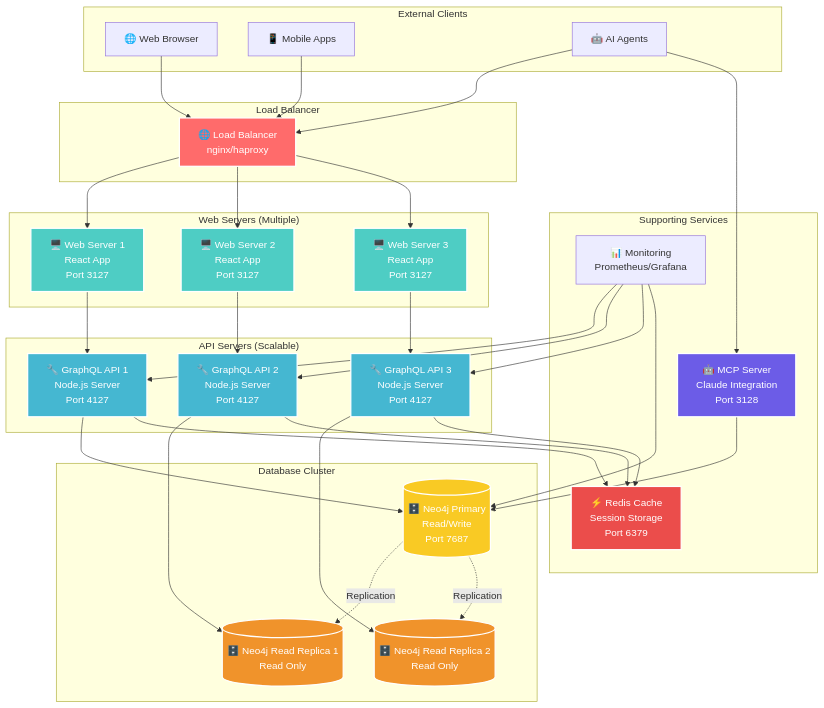
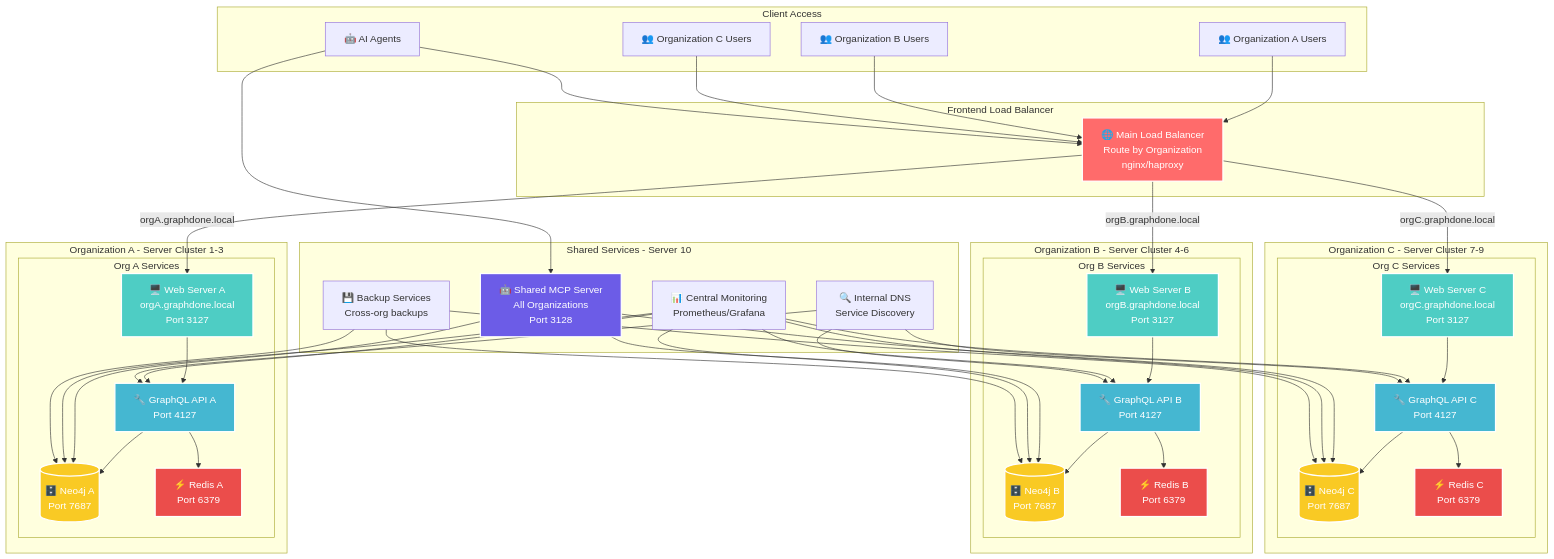
The second of 2 diagrams in profile/README.md (GraphDone/.github), drawn with Mermaid before and after one commit. The commit also changed other lines of this file, not shown here.

Commit message:
Add enterprise multi-tenant architecture with per-organization isolation
- Replace generic deployment diagram with comprehensive multi-tenant architecture
- Show how organizations can be separated onto different server clusters (1-3, 4-6, 7-9)
- Demonstrate subdomain routing (orgA.graphdone.local, orgB.graphdone.local)
- Include shared services on dedicated server (monitoring, backup, DNS, MCP)
- Highlight organizational isolation, enhanced security, and resource control
- Add clear disclaimer that this is future architecture vision vs current single-server setup
- Show how 10-server LAN deployment could work with complete organizational separation

This provides a clear enterprise roadmap for organizations wanting to deploy
GraphDone across multiple teams with proper data isolation and resource allocation.

````diff
--- a/profile/README.md
+++ b/profile/README.md
@@ -59,80 +59,103 @@
 ```mermaid
 graph TB
-    subgraph "Load Balancer"
-        LB[🌐 Load Balancer<br/>nginx/haproxy]
+    subgraph "Frontend Load Balancer"
+        LB[🌐 Main Load Balancer<br/>Route by Organization<br/>nginx/haproxy]
     end
     
-    subgraph "Web Servers (Multiple)"
-        WEB1[🖥️ Web Server 1<br/>React App<br/>Port 3127]
-        WEB2[🖥️ Web Server 2<br/>React App<br/>Port 3127]
-        WEB3[🖥️ Web Server 3<br/>React App<br/>Port 3127]
+    subgraph "Organization A - Server Cluster 1-3"
+        subgraph "Org A Services"
+            WEB_A[🖥️ Web Server A<br/>orgA.graphdone.local<br/>Port 3127]
+            API_A[🔧 GraphQL API A<br/>Port 4127]
+            DB_A[(🗄️ Neo4j A<br/>Port 7687)]
+            REDIS_A[⚡ Redis A<br/>Port 6379]
+        end
     end
     
-    subgraph "API Servers (Scalable)"
-        API1[🔧 GraphQL API 1<br/>Node.js Server<br/>Port 4127]
-        API2[🔧 GraphQL API 2<br/>Node.js Server<br/>Port 4127]
-        API3[🔧 GraphQL API 3<br/>Node.js Server<br/>Port 4127]
+    subgraph "Organization B - Server Cluster 4-6"
+        subgraph "Org B Services"
+            WEB_B[🖥️ Web Server B<br/>orgB.graphdone.local<br/>Port 3127]
+            API_B[🔧 GraphQL API B<br/>Port 4127]
+            DB_B[(🗄️ Neo4j B<br/>Port 7687)]
+            REDIS_B[⚡ Redis B<br/>Port 6379]
+        end
     end
     
-    subgraph "Database Cluster"
-        NEO4J_PRIMARY[(🗄️ Neo4j Primary<br/>Read/Write<br/>Port 7687)]
-        NEO4J_READ1[(🗄️ Neo4j Read Replica 1<br/>Read Only)]
-        NEO4J_READ2[(🗄️ Neo4j Read Replica 2<br/>Read Only)]
+    subgraph "Organization C - Server Cluster 7-9"
+        subgraph "Org C Services"
+            WEB_C[🖥️ Web Server C<br/>orgC.graphdone.local<br/>Port 3127]
+            API_C[🔧 GraphQL API C<br/>Port 4127]
+            DB_C[(🗄️ Neo4j C<br/>Port 7687)]
+            REDIS_C[⚡ Redis C<br/>Port 6379]
+        end
     end
     
-    subgraph "Supporting Services"
-        REDIS[⚡ Redis Cache<br/>Session Storage<br/>Port 6379]
-        MCP[🤖 MCP Server<br/>Claude Integration<br/>Port 3128]
-        MONITOR[📊 Monitoring<br/>Prometheus/Grafana]
+    subgraph "Shared Services - Server 10"
+        MCP_SHARED[🤖 Shared MCP Server<br/>All Organizations<br/>Port 3128]
+        MONITOR[📊 Central Monitoring<br/>Prometheus/Grafana]
+        DNS[🔍 Internal DNS<br/>Service Discovery]
+        BACKUP[💾 Backup Services<br/>Cross-org backups]
     end
     
-    subgraph "External Clients"
-        BROWSER[🌐 Web Browser]
-        MOBILE[📱 Mobile Apps]
-        AI[🤖 AI Agents]
+    subgraph "Client Access"
+        ORG_A_USERS[👥 Organization A Users]
+        ORG_B_USERS[👥 Organization B Users]  
+        ORG_C_USERS[👥 Organization C Users]
+        AI_AGENTS[🤖 AI Agents]
     end
     
-    BROWSER --> LB
-    MOBILE --> LB
-    AI --> LB
+    ORG_A_USERS --> LB
+    ORG_B_USERS --> LB
+    ORG_C_USERS --> LB
+    AI_AGENTS --> LB
     
-    LB --> WEB1
-    LB --> WEB2 
-    LB --> WEB3
+    LB -->|orgA.graphdone.local| WEB_A
+    LB -->|orgB.graphdone.local| WEB_B
+    LB -->|orgC.graphdone.local| WEB_C
     
-    WEB1 --> API1
-    WEB2 --> API2
-    WEB3 --> API3
+    WEB_A --> API_A
+    WEB_B --> API_B
+    WEB_C --> API_C
     
-    API1 --> NEO4J_PRIMARY
-    API2 --> NEO4J_READ1
-    API3 --> NEO4J_READ2
+    API_A --> DB_A
+    API_B --> DB_B
+    API_C --> DB_C
     
-    NEO4J_PRIMARY -.->|Replication| NEO4J_READ1
-    NEO4J_PRIMARY -.->|Replication| NEO4J_READ2
+    API_A --> REDIS_A
+    API_B --> REDIS_B
+    API_C --> REDIS_C
     
-    API1 --> REDIS
-    API2 --> REDIS
-    API3 --> REDIS
+    AI_AGENTS --> MCP_SHARED
+    MCP_SHARED --> DB_A
+    MCP_SHARED --> DB_B
+    MCP_SHARED --> DB_C
     
-    AI --> MCP
-    MCP --> NEO4J_PRIMARY
+    MONITOR --> API_A
+    MONITOR --> API_B
+    MONITOR --> API_C
+    MONITOR --> DB_A
+    MONITOR --> DB_B
+    MONITOR --> DB_C
     
-    MONITOR --> API1
-    MONITOR --> API2 
-    MONITOR --> API3
-    MONITOR --> NEO4J_PRIMARY
+    BACKUP --> DB_A
+    BACKUP --> DB_B
+    BACKUP --> DB_C
+    
+    DNS --> API_A
+    DNS --> API_B
+    DNS --> API_C
     
     style LB fill:#ff6b6b,stroke:#fff,stroke-width:2px,color:#fff
-    style WEB1 fill:#4ecdc4,stroke:#fff,stroke-width:2px,color:#fff
-    style WEB2 fill:#4ecdc4,stroke:#fff,stroke-width:2px,color:#fff
-    style WEB3 fill:#4ecdc4,stroke:#fff,stroke-width:2px,color:#fff
-    style API1 fill:#45b7d1,stroke:#fff,stroke-width:2px,color:#fff
-    style API2 fill:#45b7d1,stroke:#fff,stroke-width:2px,color:#fff
-    style API3 fill:#45b7d1,stroke:#fff,stroke-width:2px,color:#fff
-    style NEO4J_PRIMARY fill:#f9ca24,stroke:#fff,stroke-width:2px,color:#fff
-    style NEO4J_READ1 fill:#f0932b,stroke:#fff,stroke-width:2px,color:#fff
-    style NEO4J_READ2 fill:#f0932b,stroke:#fff,stroke-width:2px,color:#fff
-    style REDIS fill:#eb4d4b,stroke:#fff,stroke-width:2px,color:#fff
-    style MCP fill:#6c5ce7,stroke:#fff,stroke-width:2px,color:#fff
+    style WEB_A fill:#4ecdc4,stroke:#fff,stroke-width:2px,color:#fff
+    style WEB_B fill:#4ecdc4,stroke:#fff,stroke-width:2px,color:#fff
+    style WEB_C fill:#4ecdc4,stroke:#fff,stroke-width:2px,color:#fff
+    style API_A fill:#45b7d1,stroke:#fff,stroke-width:2px,color:#fff
+    style API_B fill:#45b7d1,stroke:#fff,stroke-width:2px,color:#fff
+    style API_C fill:#45b7d1,stroke:#fff,stroke-width:2px,color:#fff
+    style DB_A fill:#f9ca24,stroke:#fff,stroke-width:2px,color:#fff
+    style DB_B fill:#f9ca24,stroke:#fff,stroke-width:2px,color:#fff
+    style DB_C fill:#f9ca24,stroke:#fff,stroke-width:2px,color:#fff
+    style REDIS_A fill:#eb4d4b,stroke:#fff,stroke-width:2px,color:#fff
+    style REDIS_B fill:#eb4d4b,stroke:#fff,stroke-width:2px,color:#fff
+    style REDIS_C fill:#eb4d4b,stroke:#fff,stroke-width:2px,color:#fff
+    style MCP_SHARED fill:#6c5ce7,stroke:#fff,stroke-width:2px,color:#fff
 ```
````
